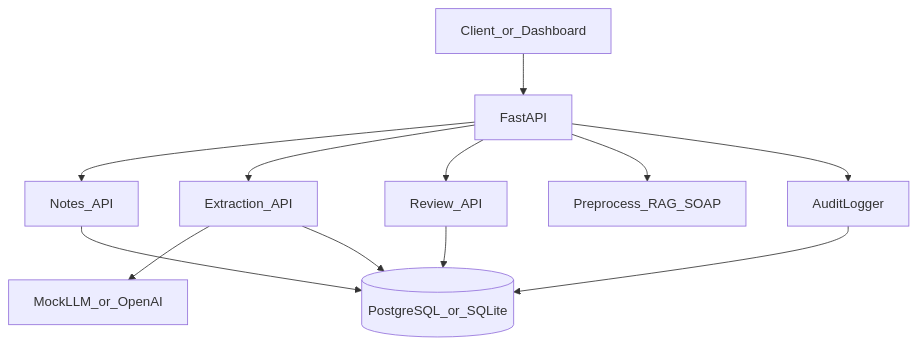
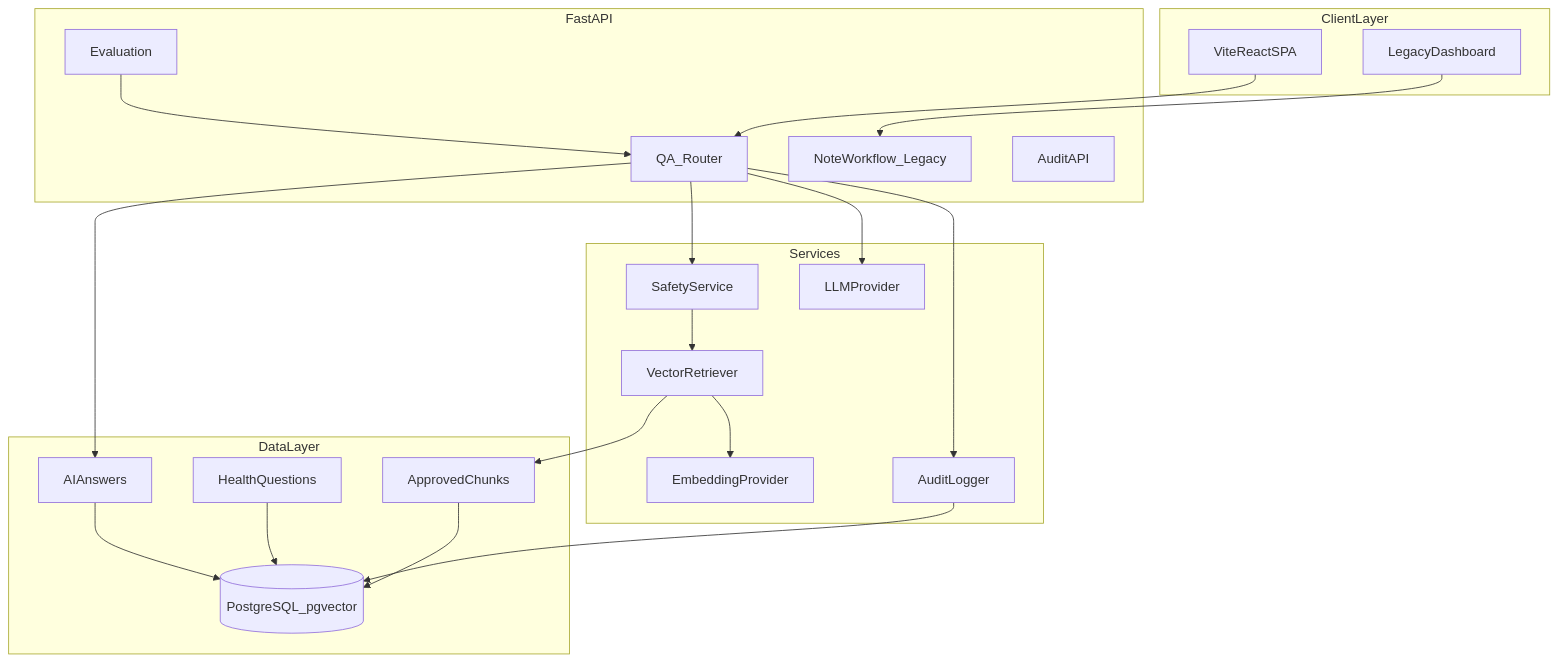
One commit to dawit-Tegegnwork/hep-assist-ai-rag-platform changed the diagram in docs/architecture.md. Above: the diagram before and after it, drawn with Mermaid. The commit also changed other lines of this file and 7 other files, not shown here.

First line of the commit message:
docs: rebrand to hep-assist-ai-rag-platform with architecture and interview sections

````diff
--- a/docs/architecture.md
+++ b/docs/architecture.md
@@ -9,14 +9,44 @@
 ```mermaid
 flowchart TB
-  Client[Client_or_Dashboard] --> API[FastAPI]
-  API --> Notes[Notes_API]
-  API --> Extract[Extraction_API]
-  API --> Review[Review_API]
-  API --> Legacy[Preprocess_RAG_SOAP]
-  Notes --> DB[(PostgreSQL_or_SQLite)]
-  Extract --> LLM[MockLLM_or_OpenAI]
-  Extract --> DB
-  Review --> DB
-  API --> Audit[AuditLogger]
-  Audit --> DB
+  subgraph client [ClientLayer]
+    React[ViteReactSPA]
+    LegacyHTML[LegacyDashboard]
+  end
+
+  subgraph api [FastAPI]
+    QA[QA_Router]
+    Eval[Evaluation]
+    Workflow[NoteWorkflow_Legacy]
+    AuditAPI[AuditAPI]
+  end
+
+  subgraph services [Services]
+    Safety[SafetyService]
+    RAG[VectorRetriever]
+    Embed[EmbeddingProvider]
+    LLM[LLMProvider]
+    Audit[AuditLogger]
+  end
+
+  subgraph data [DataLayer]
+    PG[(PostgreSQL_pgvector)]
+    Content[ApprovedChunks]
+    Questions[HealthQuestions]
+    Answers[AIAnswers]
+  end
+
+  React --> QA
+  LegacyHTML --> Workflow
+  QA --> Safety
+  Safety --> RAG
+  RAG --> Embed
+  RAG --> Content
+  QA --> LLM
+  QA --> Answers
+  QA --> Audit
+  Audit --> PG
+  Content --> PG
+  Questions --> PG
+  Answers --> PG
+  Eval --> QA
 ```
````
